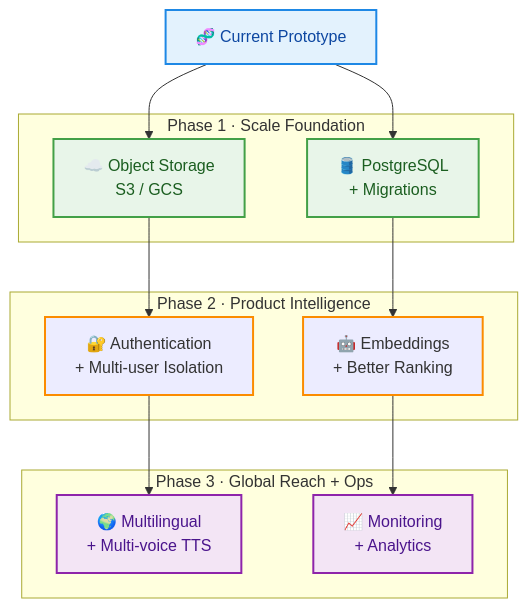
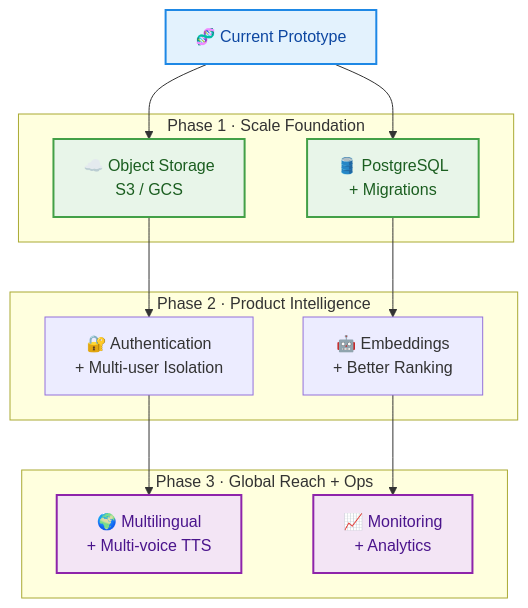
Before and after one commit to Ankitarai27/Adobe-Hackathon-2025: the fifth of 5 diagrams in README.md, drawn with Mermaid.

Commit message:
Remove phase2 class definition from README

````diff
--- a/README.md
+++ b/README.md
@@ -329,32 +329,31 @@
 ```mermaid
 flowchart TB
     A[🧬 Current Prototype]
 
     subgraph P1[Phase 1 · Scale Foundation]
       B[☁️ Object Storage\nS3 / GCS]
       C[🛢️ PostgreSQL\n+ Migrations]
     end
 
     subgraph P2[Phase 2 · Product Intelligence]
       D[🔐 Authentication\n+ Multi-user Isolation]
       E[🤖 Embeddings\n+ Better Ranking]
     end
 
     subgraph P3[Phase 3 · Global Reach + Ops]
       F[🌍 Multilingual\n+ Multi-voice TTS]
       G[📈 Monitoring\n+ Analytics]
     end
 
     A --> B --> D --> F
     A --> C --> E --> G
 
     classDef current fill:#E3F2FD,stroke:#1E88E5,color:#0D47A1,stroke-width:2px;
     classDef phase1 fill:#E8F5E9,stroke:#43A047,color:#1B5E20,stroke-width:2px;
-    classDef phase2 stroke:#FB8C00,stroke-width:2px;
     classDef phase3 fill:#F3E5F5,stroke:#8E24AA,color:#4A148C,stroke-width:2px;
 
     class A current;
     class B,C phase1;
     class D,E phase2;
     class F,G phase3;
 ```
````
